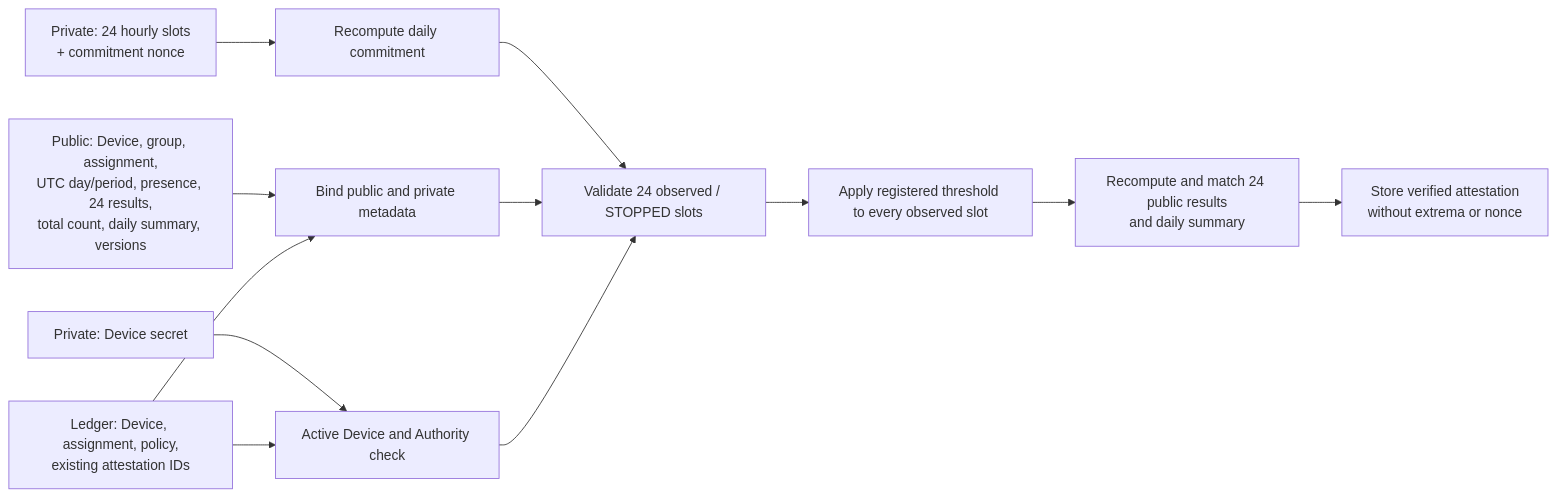
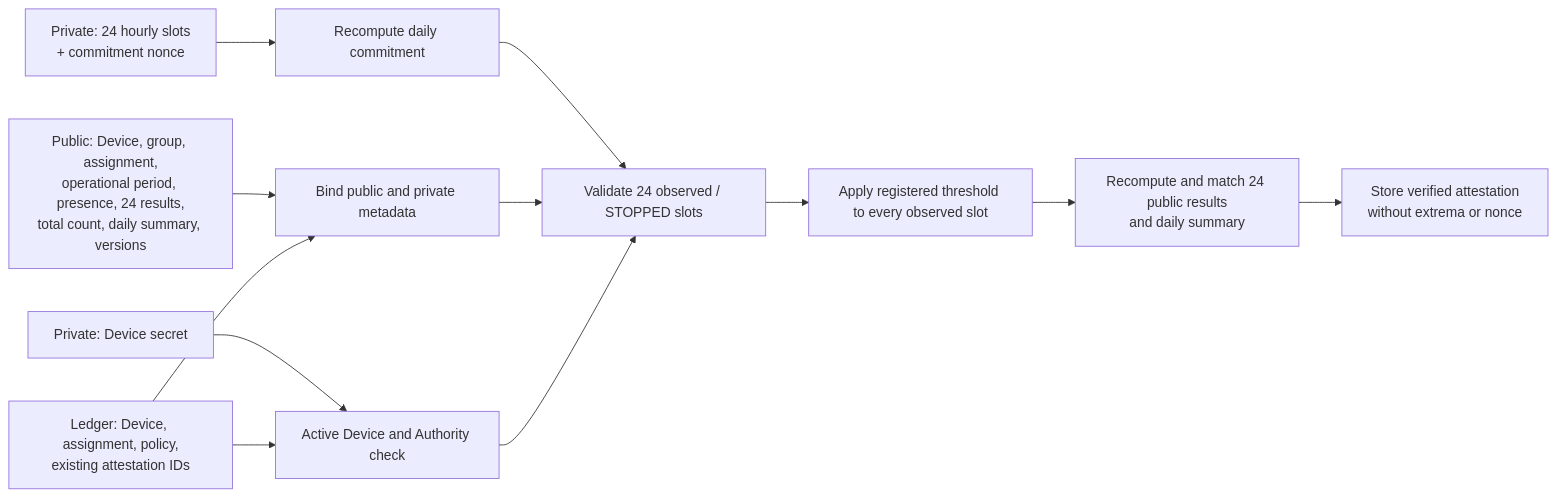
Before and after one commit to commun-platform/midnight_buildathons_bacchili: the seventh of 8 diagrams in docs/implementation/zk_circuit_spec.md, drawn with Mermaid. The commit also changed other lines of this file and 47 other files, not shown here.

````diff
--- a/docs/implementation/zk_circuit_spec.md
+++ b/docs/implementation/zk_circuit_spec.md
@@ -222,14 +222,14 @@
 ```mermaid
 flowchart LR
     DSECRET["Private: Device secret"] --> DAUTH["Active Device and Authority check"]
     DAILY["Private: 24 hourly slots<br/>+ commitment nonce"] --> COMMIT["Recompute daily commitment"]
-    PUBLIC["Public: Device, group, assignment,<br/>UTC day/period, presence, 24 results,<br/>total count, daily summary, versions"] --> BIND["Bind public and private metadata"]
+    PUBLIC["Public: Device, group, assignment,<br/>operational period, presence, 24 results,<br/>total count, daily summary, versions"] --> BIND["Bind public and private metadata"]
     LEDGER["Ledger: Device, assignment, policy,<br/>existing attestation IDs"] --> DAUTH
     LEDGER --> BIND
     COMMIT --> HOURS["Validate 24 observed / STOPPED slots"]
     BIND --> HOURS
     DAUTH --> HOURS
     HOURS --> RANGE["Apply registered threshold to every observed slot"]
     RANGE --> RESULT["Recompute and match 24 public results<br/>and daily summary"]
     RESULT --> WRITE["Store verified attestation<br/>without extrema or nonce"]
 ```
````
